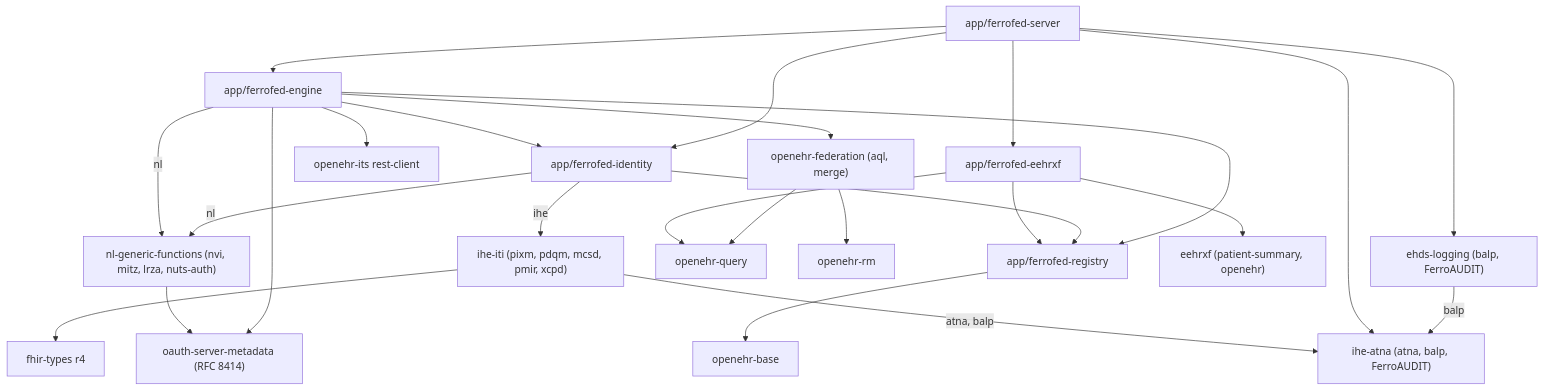
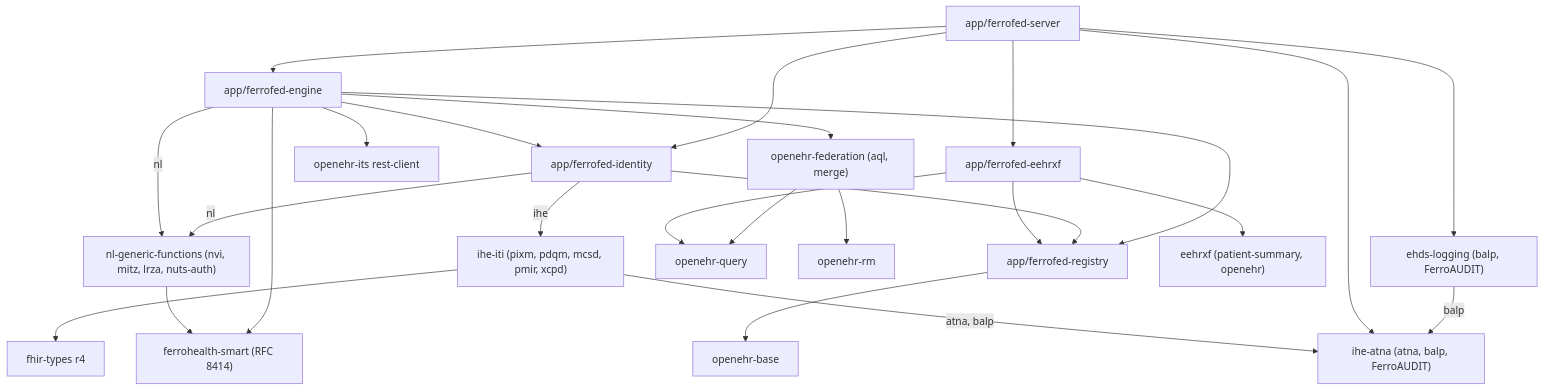
Before and after one commit to FerroHEALTH/FerroFED: the fifth of 5 diagrams in docs/architecture.md, drawn with Mermaid. The commit also changed other lines of this file and 34 other files, not shown here.

First line of the commit message:
refactor(onward): retire oauth-server-metadata onto ferrohealth-smart 0.6.0 (#1356)

````diff
--- a/docs/architecture.md
+++ b/docs/architecture.md
@@ -2472,27 +2472,27 @@
 ```mermaid
 flowchart TD
     server["app/ferrofed-server"] --> engine["app/ferrofed-engine"]
     server --> identity["app/ferrofed-identity"]
     engine --> federation["openehr-federation (aql, merge)"]
     engine --> registry["app/ferrofed-registry"]
     engine --> identity
     identity --> registry
     identity -- ihe --> iti["ihe-iti (pixm, pdqm, mcsd, pmir, xcpd)"]
     identity -- nl --> nlgf["nl-generic-functions (nvi, mitz, lrza, nuts-auth)"]
     engine -- nl --> nlgf
-    engine --> metadata["oauth-server-metadata (RFC 8414)"]
-    nlgf --> metadata
+    engine --> smart["ferrohealth-smart (RFC 8414)"]
+    nlgf --> smart
     engine --> its["openehr-its rest-client"]
     federation --> query["openehr-query"]
     federation --> rm["openehr-rm"]
     registry --> base["openehr-base"]
     iti --> fhir["fhir-types r4"]
     server --> logging["ehds-logging (balp, FerroAUDIT)"]
     logging -- balp --> atna["ihe-atna (atna, balp, FerroAUDIT)"]
     server --> atna
     iti -- "atna, balp" --> atna
     server --> glue["app/ferrofed-eehrxf"]
     glue --> eehrxf["eehrxf (patient-summary, openehr)"]
     glue --> registry
     glue --> query
 ```
````
